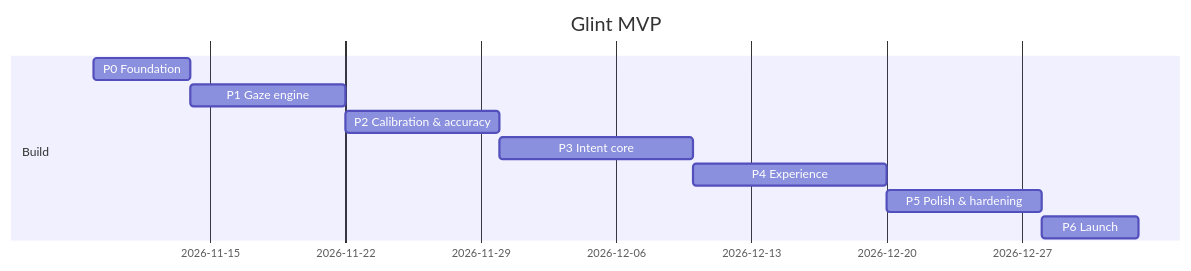
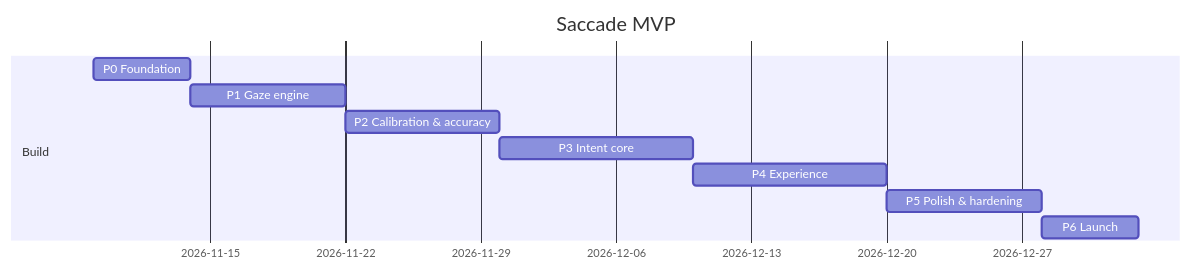
One commit to rayhankhilji/glint changed the diagram in ROADMAP.md. Above: the diagram before and after it, drawn with Mermaid. The commit also changed other lines of this file and 185 other files, not shown here.

First line of the commit message:
chore: rebrand Glint to Saccade

````diff
--- a/ROADMAP.md
+++ b/ROADMAP.md
@@ -17,13 +17,13 @@
 ```mermaid
 gantt
-  title Glint MVP
+  title Saccade MVP
   dateFormat YYYY-MM-DD
   section Build
   P0 Foundation            :p0, 2026-11-09, 5d
   P1 Gaze engine           :p1, after p0, 8d
   P2 Calibration & accuracy:p2, after p1, 8d
   P3 Intent core           :p3, after p2, 10d
   P4 Experience            :p4, after p3, 10d
   P5 Polish & hardening    :p5, after p4, 8d
   P6 Launch                :p6, after p5, 5d
 ```
````
